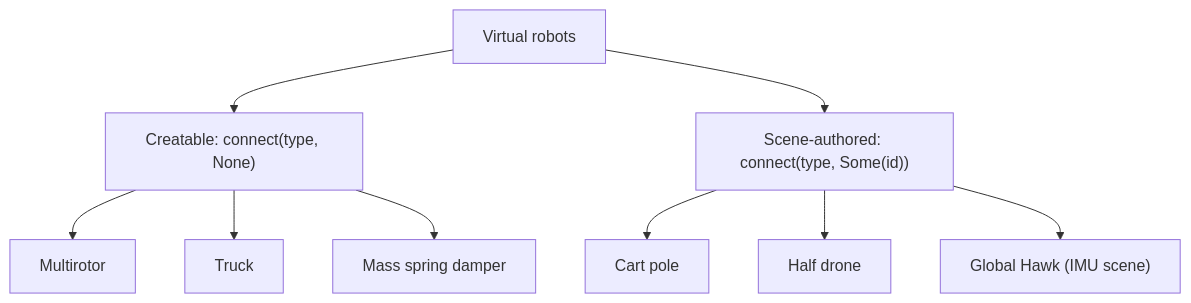
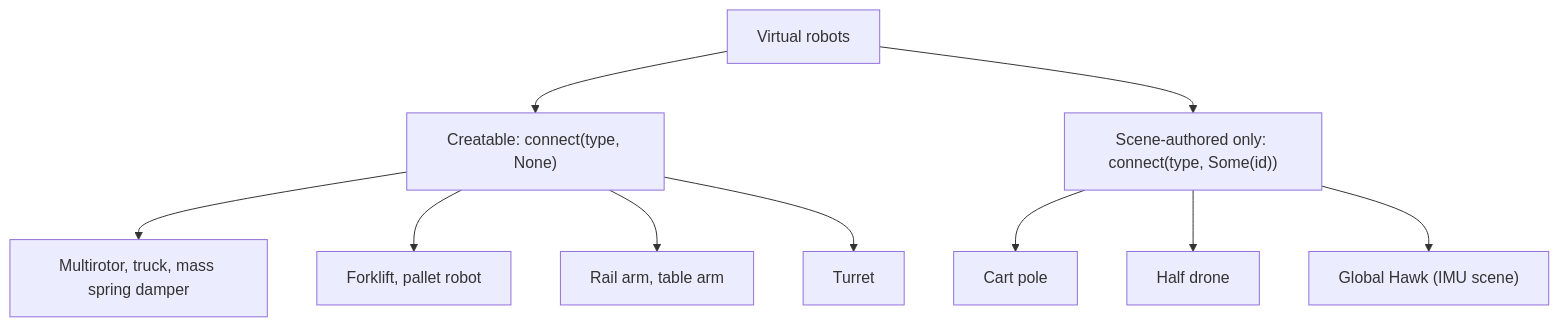
The diagram in book/src/ch07-robots/00-intro.md (ubicoders/vrobots-sdk), drawn with Mermaid before and after one commit. The commit also changed other lines of this file and 73 other files, not shown here.

Commit message:
Docs: forklift, pallet robot, arms, turret, lidar, safety events and robot properties; hardware section with layout drawings on every robot page

````diff
--- a/book/src/ch07-robots/00-intro.md
+++ b/book/src/ch07-robots/00-intro.md
@@ -33,12 +58,13 @@
 ```mermaid
 flowchart TD
   R[Virtual robots]
   R --> C["Creatable: connect(type, None)"]
-  R --> S["Scene-authored: connect(type, Some(id))"]
-  C --> C1[Multirotor]
-  C --> C2[Truck]
-  C --> C3[Mass spring damper]
+  R --> S["Scene-authored only: connect(type, Some(id))"]
+  C --> C1[Multirotor, truck, mass spring damper]
+  C --> C2[Forklift, pallet robot]
+  C --> C3[Rail arm, table arm]
+  C --> C4[Turret]
   S --> S1[Cart pole]
   S --> S2[Half drone]
   S --> S3["Global Hawk (IMU scene)"]
 ```
````
